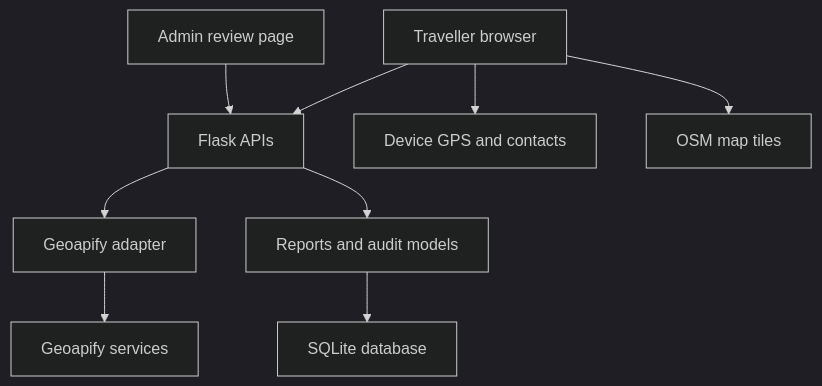
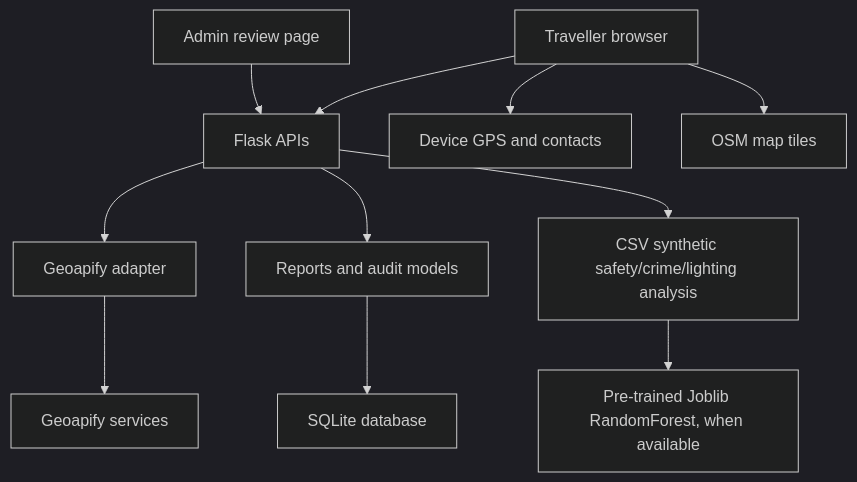
One commit to Kusumasai15/-SafeRoute-AI changed the diagram in docs/ARCHITECTURE.md. Above: the diagram before and after it, drawn with Mermaid (dark theme). The commit also changed other lines of this file and 21 other files, not shown here.

Commit message:
feat: add ML-based demo lighting and smart route recommendations

````diff
--- a/docs/ARCHITECTURE.md
+++ b/docs/ARCHITECTURE.md
@@ -7,11 +7,13 @@
 ```mermaid
 flowchart TD
   Browser[Traveller browser] --> API[Flask APIs]
   Admin[Admin review page] --> API
   API --> Provider[Geoapify adapter]
   API --> Reports[Reports and audit models]
   Provider --> Geoapify[Geoapify services]
   Reports --> DB[SQLite database]
   Browser --> GPS[Device GPS and contacts]
   Browser --> Tiles[OSM map tiles]
+  API --> Demo[CSV synthetic safety/crime/lighting analysis]
+  Demo --> Model[Pre-trained Joblib RandomForest, when available]
 ```
````
